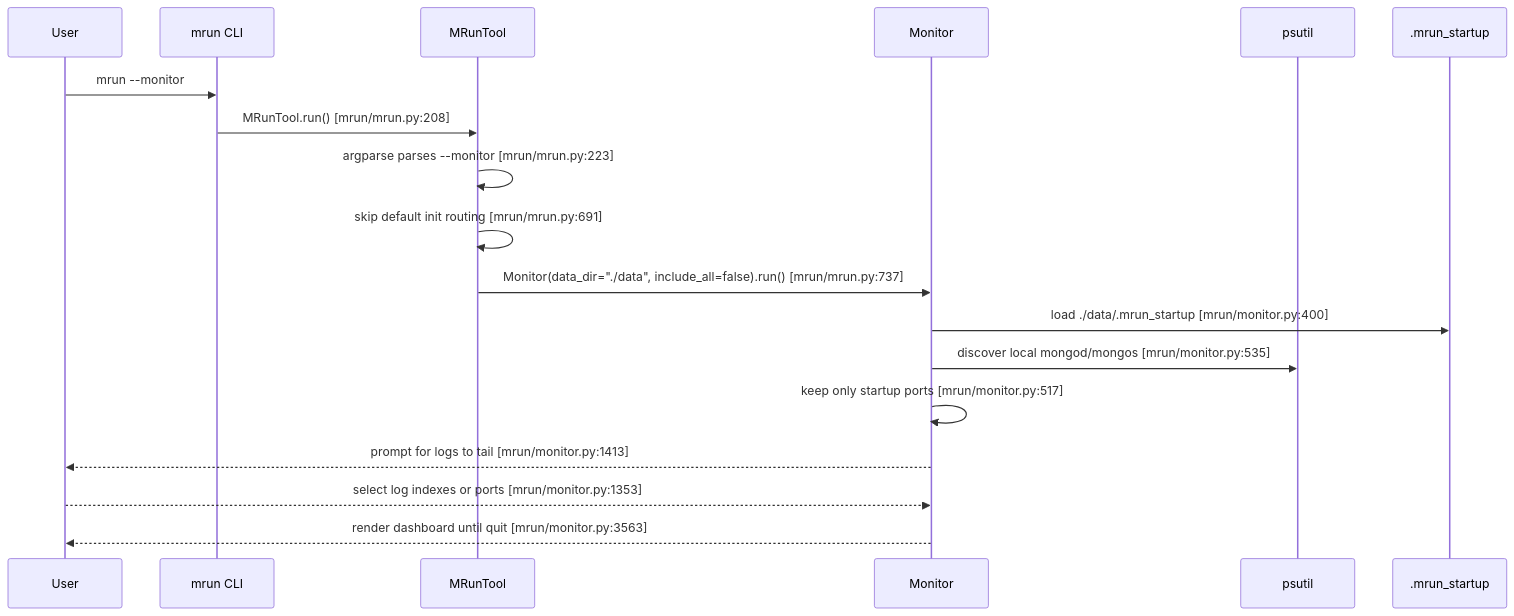
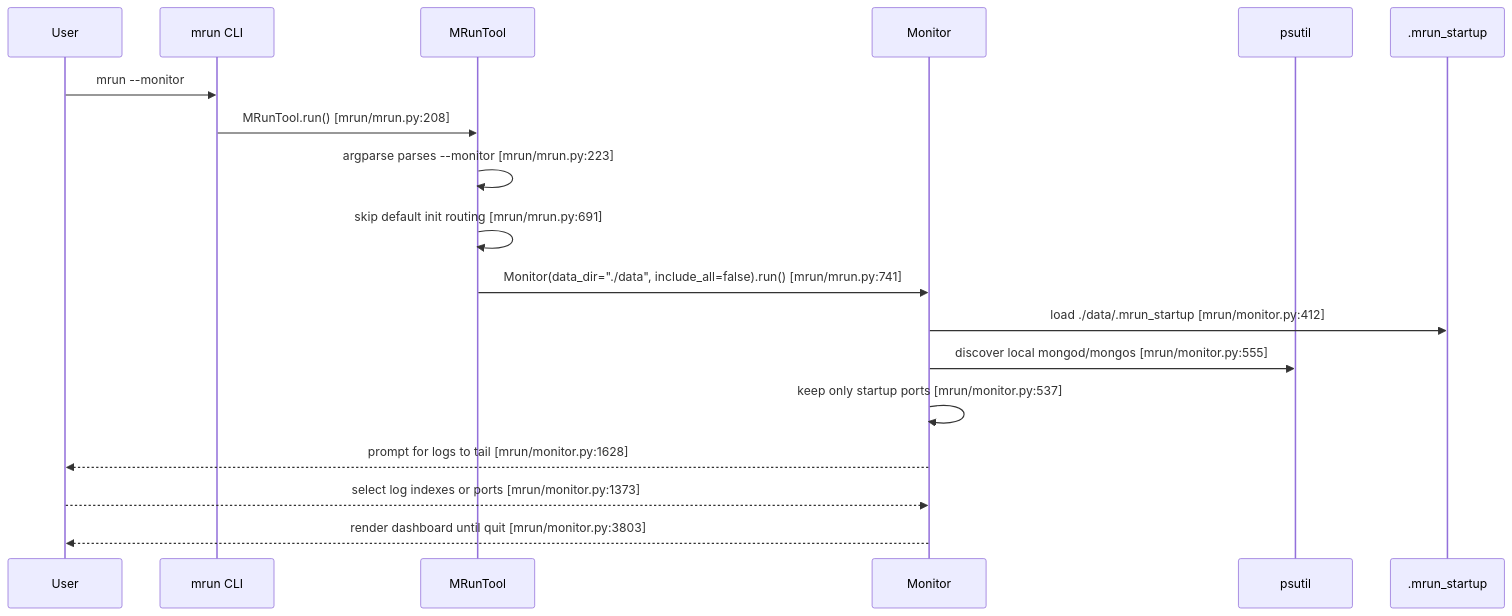
One commit to mongodb/mlaunch changed the first of 13 diagrams in doc/feature-monitor-guide.md. Above: the diagram before and after it, drawn with Mermaid. The commit also changed other lines of this file and 2 other files, not shown here.

````diff
--- a/doc/feature-monitor-guide.md
+++ b/doc/feature-monitor-guide.md
@@ -167,21 +172,21 @@
 ```mermaid
 sequenceDiagram
     participant User
     participant CLI as mrun CLI
     participant Tool as MRunTool
     participant Monitor as Monitor
     participant PS as psutil
     participant FS as .mrun_startup
 
     User->>CLI: mrun --monitor
     CLI->>Tool: MRunTool.run() [mrun/mrun.py:208]
     Tool->>Tool: argparse parses --monitor [mrun/mrun.py:223]
     Tool->>Tool: skip default init routing [mrun/mrun.py:691]
-    Tool->>Monitor: Monitor(data_dir="./data", include_all=false).run() [mrun/mrun.py:737]
-    Monitor->>FS: load ./data/.mrun_startup [mrun/monitor.py:400]
-    Monitor->>PS: discover local mongod/mongos [mrun/monitor.py:535]
-    Monitor->>Monitor: keep only startup ports [mrun/monitor.py:517]
-    Monitor-->>User: prompt for logs to tail [mrun/monitor.py:1413]
-    User-->>Monitor: select log indexes or ports [mrun/monitor.py:1353]
-    Monitor-->>User: render dashboard until quit [mrun/monitor.py:3563]
+    Tool->>Monitor: Monitor(data_dir="./data", include_all=false).run() [mrun/mrun.py:741]
+    Monitor->>FS: load ./data/.mrun_startup [mrun/monitor.py:412]
+    Monitor->>PS: discover local mongod/mongos [mrun/monitor.py:555]
+    Monitor->>Monitor: keep only startup ports [mrun/monitor.py:537]
+    Monitor-->>User: prompt for logs to tail [mrun/monitor.py:1628]
+    User-->>Monitor: select log indexes or ports [mrun/monitor.py:1373]
+    Monitor-->>User: render dashboard until quit [mrun/monitor.py:3803]
 ```
````
